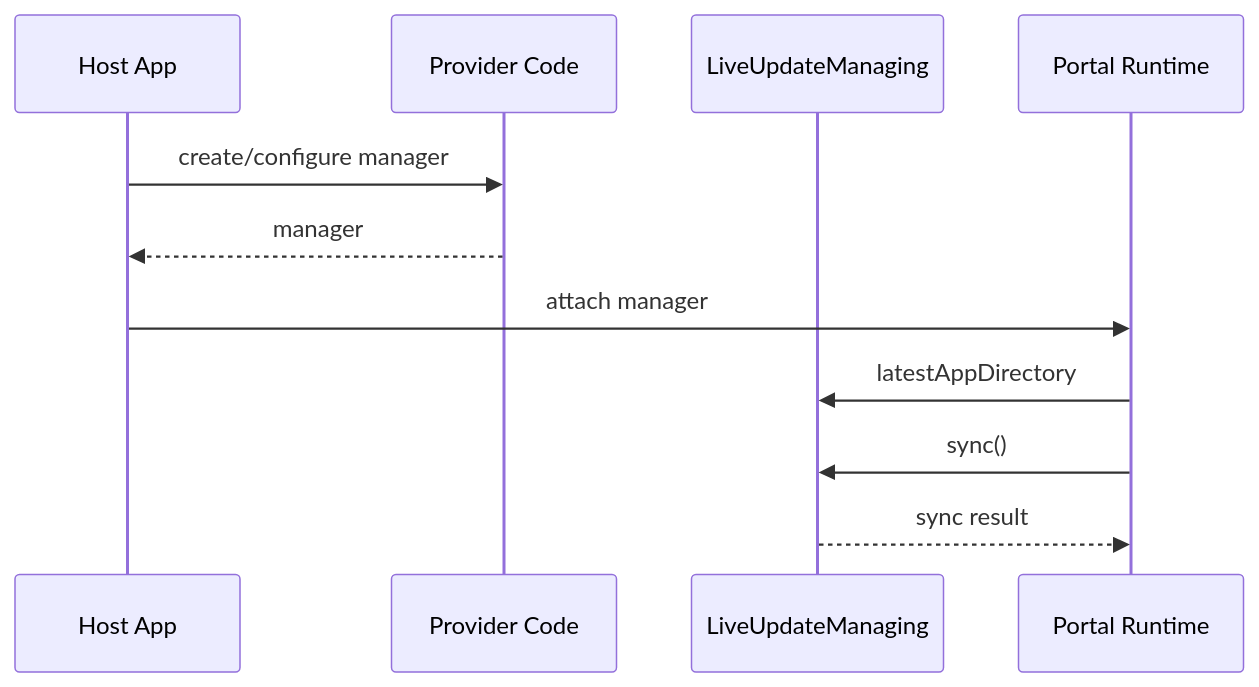
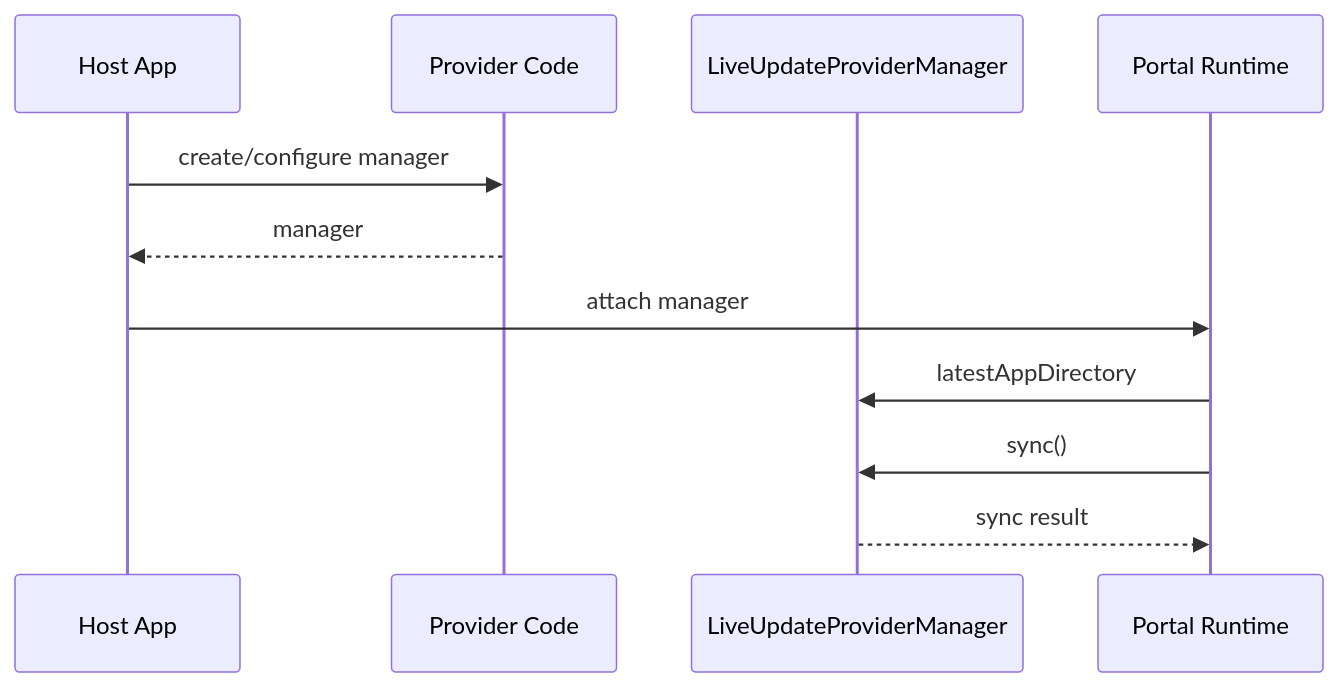
The second of 2 diagrams in ARCHITECTURE.md (ionic-team/live-update-provider-sdk), drawn with Mermaid before and after one commit. The commit also changed other lines of this file and 31 other files, not shown here.

````diff
--- a/ARCHITECTURE.md
+++ b/ARCHITECTURE.md
@@ -190,14 +194,14 @@
 ```mermaid
 sequenceDiagram
     participant App as Host App
     participant Provider as Provider Code
-    participant Manager as LiveUpdateManaging
+    participant Manager as LiveUpdateProviderManager
     participant Portal as Portal Runtime
 
     App->>Provider: create/configure manager
     Provider-->>App: manager
     App->>Portal: attach manager
     Portal->>Manager: latestAppDirectory
     Portal->>Manager: sync()
     Manager-->>Portal: sync result
 ```
````
